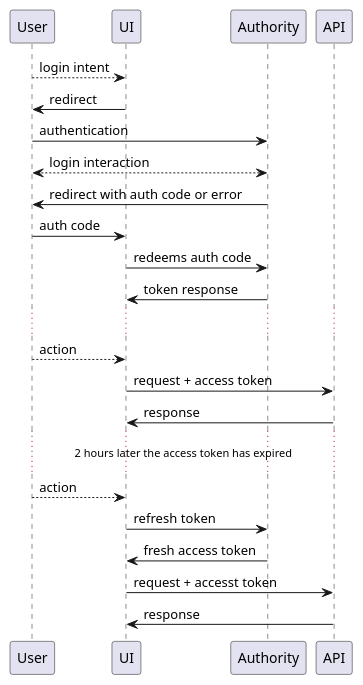
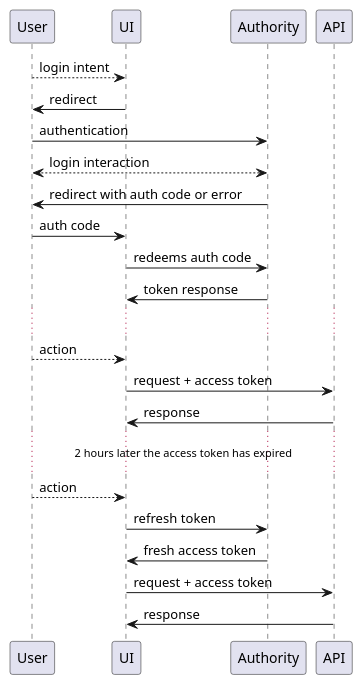
The diagram in documentation-portal/docs/guides/architecture/authentication_authorisation_architecture.md (nuvoteQ/openstudybuilder-solution), drawn with PlantUML before and after one commit. The commit also changed other lines of this file and 1274 other files, not shown here.

````diff
--- a/documentation-portal/docs/guides/architecture/authentication_authorisation_architecture.md
+++ b/documentation-portal/docs/guides/architecture/authentication_authorisation_architecture.md
@@ -81,22 +81,22 @@
 ```puml
 @startuml
 User --> UI  : login intent
 User <- UI : redirect
 User -> Authority : authentication
 User <--> Authority : login interaction
 User <- Authority : redirect with auth code or error
 User -> UI : auth code
 UI -> Authority : redeems auth code
 UI <- Authority : token response
 ...
 User --> UI : action
 UI -> API : request + access token
 UI <- API : response
 ... 2 hours later the access token has expired ...
 User --> UI : action
 UI -> Authority : refresh token
 UI <- Authority : fresh access token
-UI -> API : request + accesst token
+UI -> API : request + access token
 UI <- API : response
 @enduml
 ```
````
